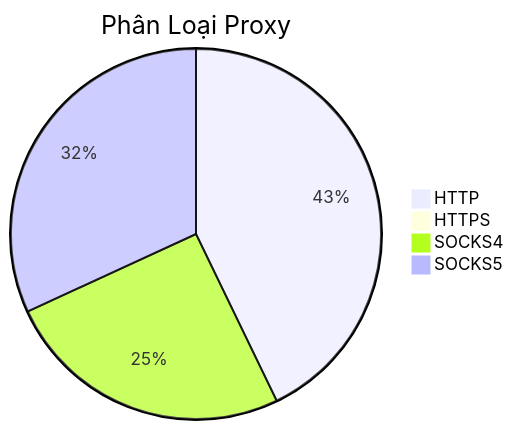
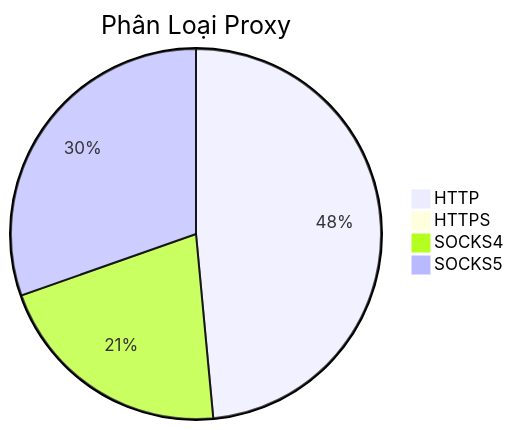
Before and after one commit to Ciara-12/PROXY-free: the diagram in README.md, drawn with Mermaid. The commit also changed other lines of this file and 4 other files, not shown here.

````diff
--- a/README.md
+++ b/README.md
@@ -26,7 +26,7 @@
 ```mermaid
 pie title Phân Loại Proxy
-    "HTTP" : 457
-    "HTTPS" : 0
-    "SOCKS4" : 270
-    "SOCKS5" : 340
+    "HTTP" : 554
+    "HTTPS" : 1
+    "SOCKS4" : 241
+    "SOCKS5" : 347
 ```
````
